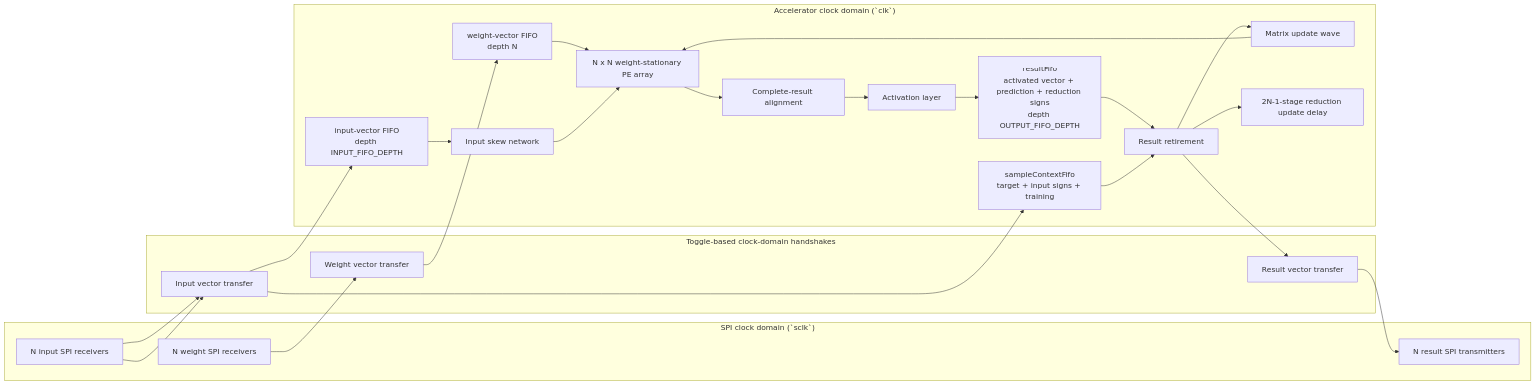
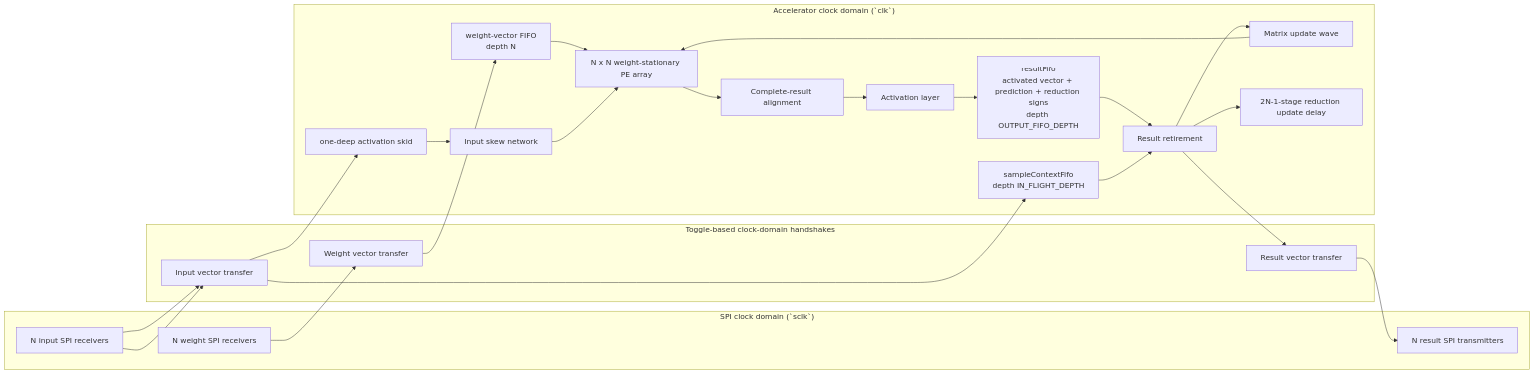
The first of 3 diagrams in README.md (aHighHooman/NN-Acceleration), drawn with Mermaid before and after one commit. The commit also changed other lines of this file and 9 other files, not shown here.

````diff
--- a/README.md
+++ b/README.md
@@ -7,36 +7,36 @@
 ```mermaid
 flowchart LR
     subgraph SPI["SPI clock domain (`sclk`)"]
         W_RX["N weight SPI receivers"]
         I_RX["N input SPI receivers"]
         R_TX["N result SPI transmitters"]
     end
 
     subgraph CDC["Toggle-based clock-domain handshakes"]
         W_CDC["Weight vector transfer"]
         I_CDC["Input vector transfer"]
         R_CDC["Result vector transfer"]
     end
 
     subgraph CORE["Accelerator clock domain (`clk`)"]
         W_FIFO["weight-vector FIFO<br/>depth N"]
-        I_FIFO["input-vector FIFO<br/>depth INPUT_FIFO_DEPTH"]
-        S_FIFO["sampleContextFifo<br/>target + input signs + training"]
+        I_FIFO["one-deep activation skid"]
+        S_FIFO["sampleContextFifo<br/>depth IN_FLIGHT_DEPTH"]
         SKEW["Input skew network"]
         ARRAY["N x N weight-stationary PE array"]
         ALIGN["Complete-result alignment"]
         ACT["Activation layer"]
         RESULT_FIFO["resultFifo<br/>activated vector + prediction + reduction signs<br/>depth OUTPUT_FIFO_DEPTH"]
         RETIRE["Result retirement"]
         M_UPDATE["Matrix update wave"]
         R_UPDATE["2N-1-stage reduction update delay"]
     end
 
     W_RX --> W_CDC --> W_FIFO --> ARRAY
     I_RX --> I_CDC --> I_FIFO --> SKEW --> ARRAY
     I_RX --> I_CDC --> S_FIFO
     ARRAY --> ALIGN --> ACT --> RESULT_FIFO --> RETIRE --> R_CDC --> R_TX
     S_FIFO --> RETIRE
     RETIRE --> M_UPDATE --> ARRAY
     RETIRE --> R_UPDATE
 ```
````
